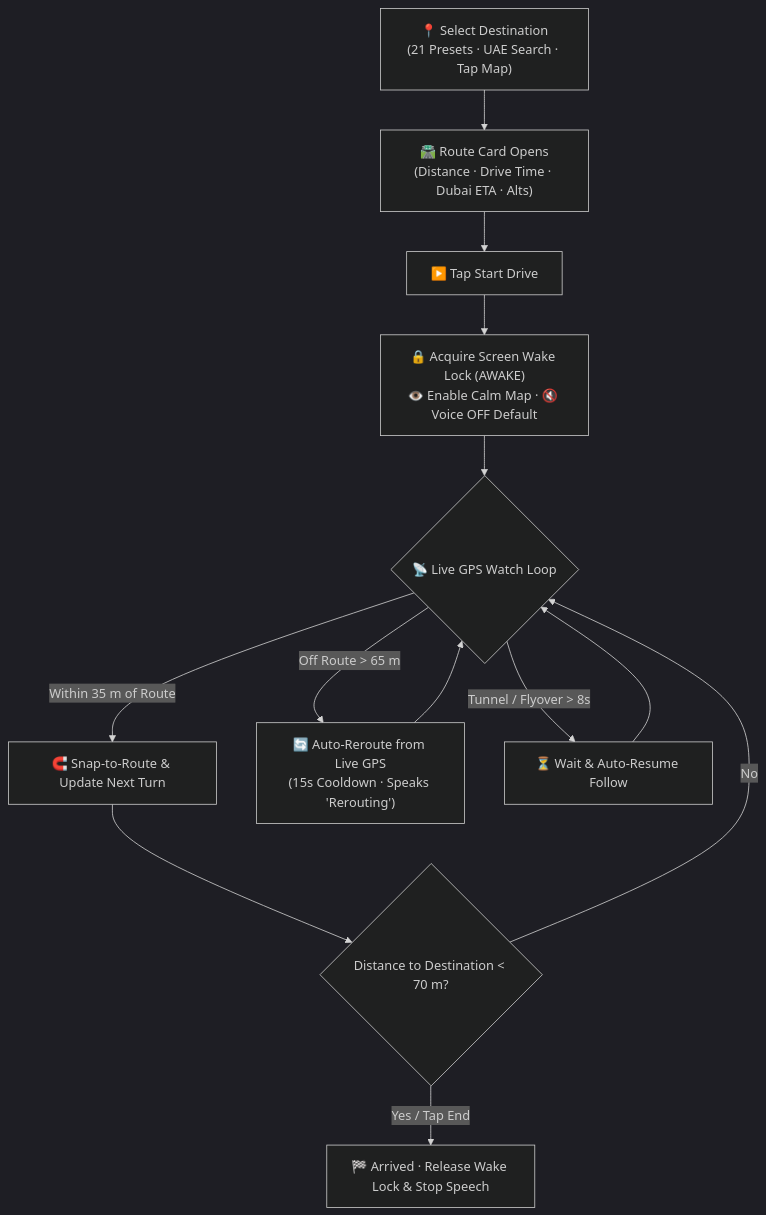
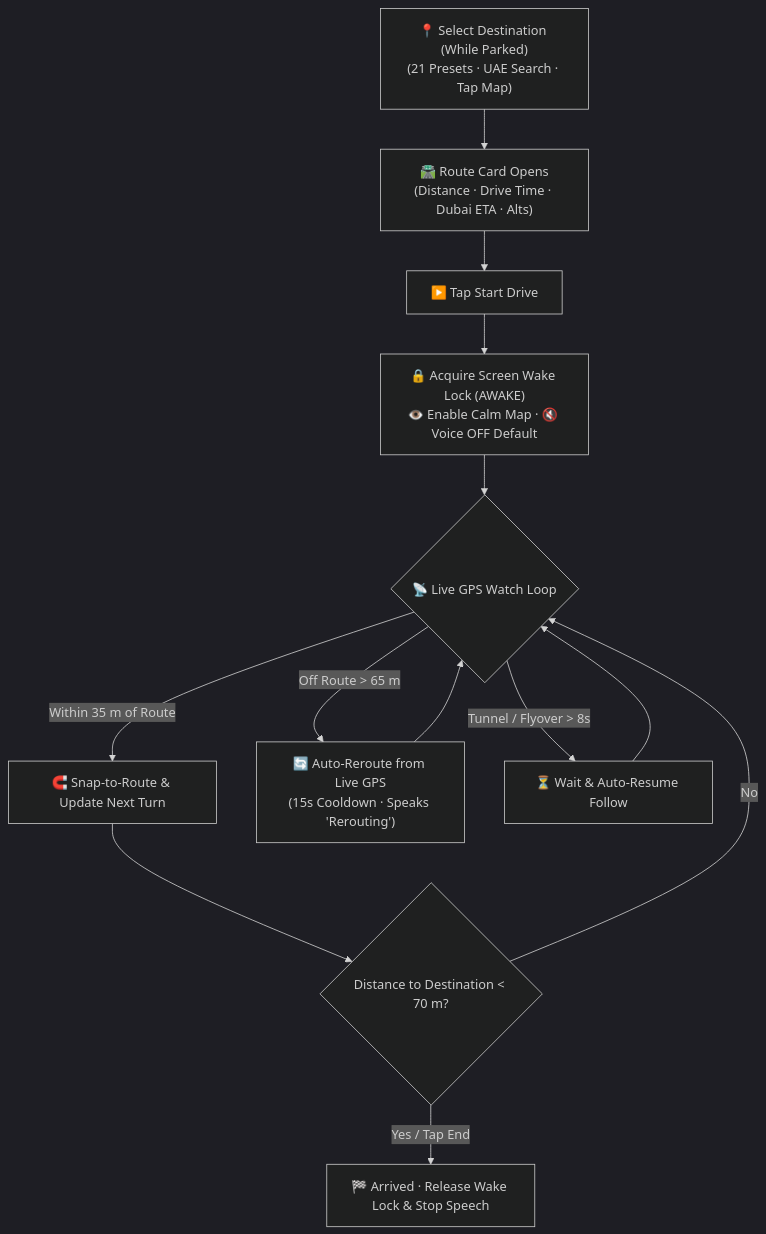
One commit to githubbest729/agacmap changed the second of 2 diagrams in README.md. Above: the diagram before and after it, drawn with Mermaid (dark theme). The commit also changed other lines of this file, not shown here.

````diff
--- a/README.md
+++ b/README.md
@@ -115,15 +118,15 @@
 ```mermaid
 flowchart TD
-    A["📍 Select Destination<br/>(21 Presets · UAE Search · Tap Map)"] --> B["🛣️ Route Card Opens<br/>(Distance · Drive Time · Dubai ETA · Alts)"]
+    A["📍 Select Destination (While Parked)<br/>(21 Presets · UAE Search · Tap Map)"] --> B["🛣️ Route Card Opens<br/>(Distance · Drive Time · Dubai ETA · Alts)"]
     B --> C["▶️ Tap Start Drive"]
     C --> D["🔒 Acquire Screen Wake Lock (AWAKE)<br/>👁️ Enable Calm Map · 🔇 Voice OFF Default"]
     D --> E{"📡 Live GPS Watch Loop"}
     E -->|"Within 35 m of Route"| F["🧲 Snap-to-Route & Update Next Turn"]
     E -->|"Off Route > 65 m"| G["🔄 Auto-Reroute from Live GPS<br/>(15s Cooldown · Speaks 'Rerouting')"]
     E -->|"Tunnel / Flyover > 8s"| H["⏳ Wait & Auto-Resume Follow"]
     F --> I{"Distance to Destination < 70 m?"}
     G --> E
     H --> E
     I -->|"No"| E
     I -->|"Yes / Tap End"| J["🏁 Arrived · Release Wake Lock & Stop Speech"]
 ```
````
